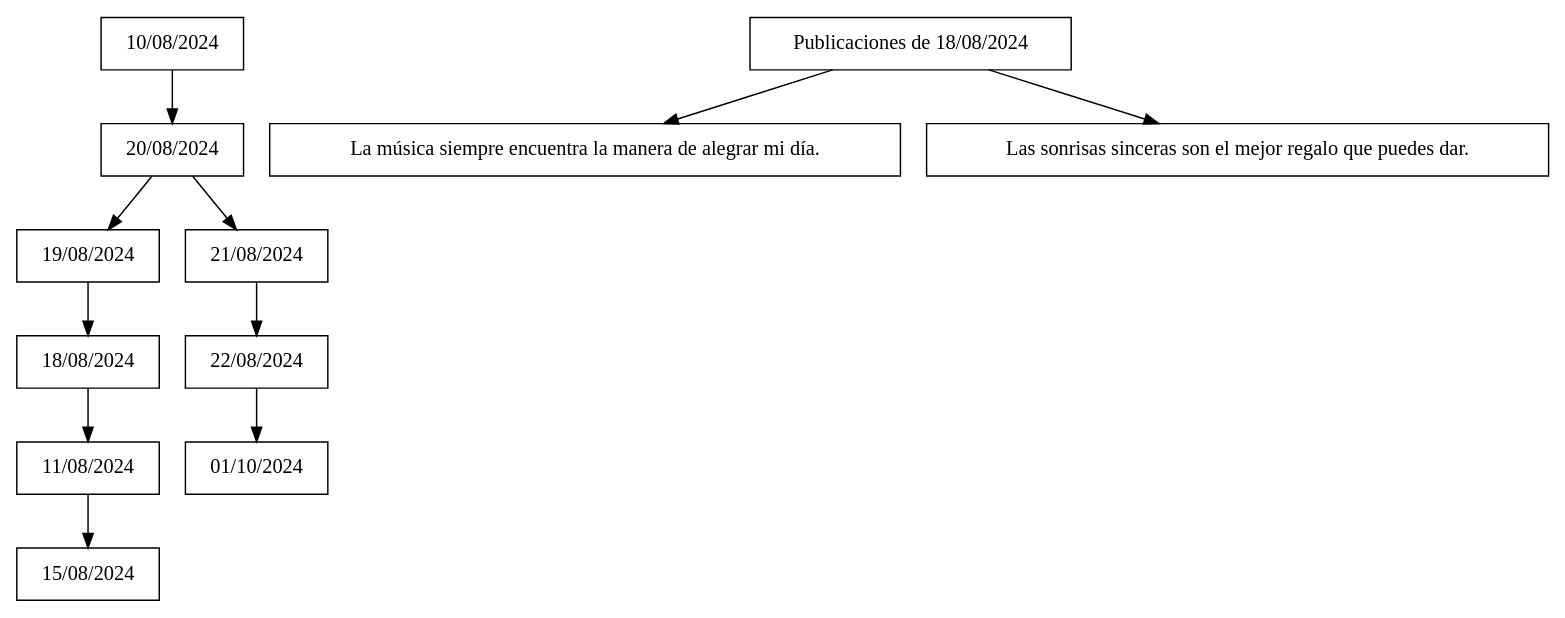
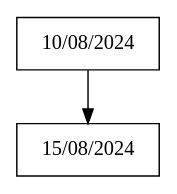
Before and after one commit to MReyes09/-EDD-Proyectos_202202233: the diagram in Proyecto_Fase2/report/abbDate.dot, drawn with Graphviz. The commit also changed 120 other files, not shown here.

```diff
--- a/Proyecto_Fase2/report/abbDate.dot
+++ b/Proyecto_Fase2/report/abbDate.dot
@@ -1,26 +1,7 @@
 digraph G {
 node [shape=record];
 rankdir=TB;
 node_20240810 [label="{10/08/2024}"];
-node_20240810 -> node_20240820;
-node_20240820 [label="{20/08/2024}"];
-node_20240820 -> node_20240819;
-node_20240820 -> node_20240821;
-node_20240819 [label="{19/08/2024}"];
-node_20240819 -> node_20240818;
-node_20240818 [label="{18/08/2024}"];
-node_20240818 -> node_20240811;
-node_20240811 [label="{11/08/2024}"];
-node_20240811 -> node_20240815;
+node_20240810 -> node_20240815;
 node_20240815 [label="{15/08/2024}"];
-node_20240821 [label="{21/08/2024}"];
-node_20240821 -> node_20240822;
-node_20240822 [label="{22/08/2024}"];
-node_20240822 -> node_20241001;
-node_20241001 [label="{01/10/2024}"];
-publications_20240818 [label="{Publicaciones de 18/08/2024}"];
-pub_0 [label="{La música siempre encuentra la manera de alegrar mi día.}"];
-publications_20240818 -> pub_0;
-pub_1 [label="{Las sonrisas sinceras son el mejor regalo que puedes dar.}"];
-publications_20240818 -> pub_1;
 }
```
